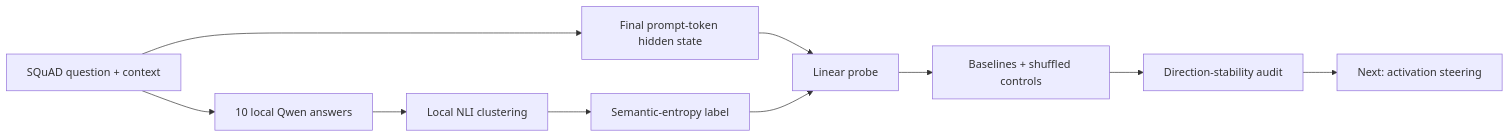
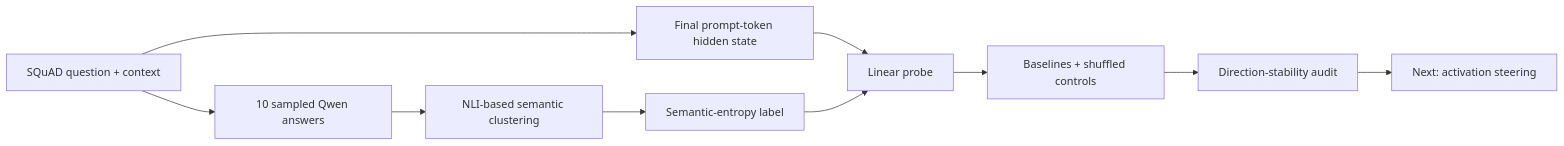
Before and after one commit to WenyiJin2003/mechanistic-confidence-sdt: the diagram in README.md, drawn with Mermaid. The commit also changed other lines of this file and 4 other files, not shown here.

````diff
--- a/README.md
+++ b/README.md
@@ -20,12 +15,12 @@
 ```mermaid
 flowchart LR
-    Q["SQuAD question + context"] --> G["10 local Qwen answers"]
-    G --> N["Local NLI clustering"]
+    Q["SQuAD question + context"] --> G["10 sampled Qwen answers"]
+    G --> N["NLI-based semantic clustering"]
     N --> E["Semantic-entropy label"]
     Q --> H["Final prompt-token hidden state"]
     H --> P["Linear probe"]
     E --> P
     P --> C["Baselines + shuffled controls"]
     C --> D["Direction-stability audit"]
     D --> S["Next: activation steering"]
 ```
````
